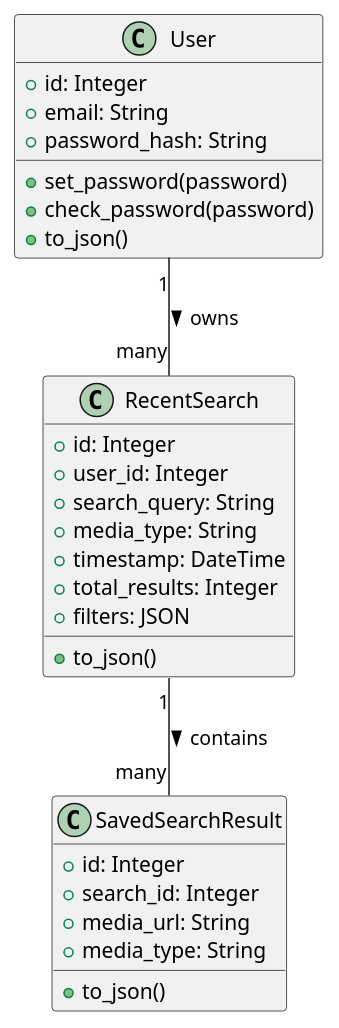
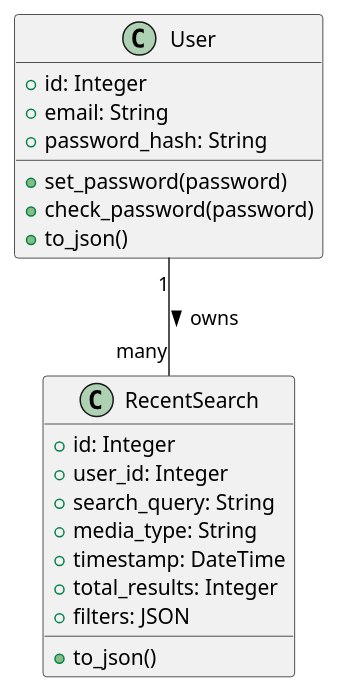
Before and after one commit to lyndsie1102/SEapp: the diagram in docs/UML/class.puml, drawn with PlantUML. The commit also changed 9 other files, not shown here.

Commit message:
Add save search APIs, remove redundant APIs and modify diagram docs

```diff
--- a/docs/UML/class.puml
+++ b/docs/UML/class.puml
@@ -1,32 +1,24 @@
 @startuml
 class User {
   +id: Integer
   +email: String
   +password_hash: String
   +set_password(password)
   +check_password(password)
   +to_json()
 }
 
 class RecentSearch {
   +id: Integer
   +user_id: Integer
   +search_query: String
   +media_type: String
   +timestamp: DateTime
   +total_results: Integer
   +filters: JSON
   +to_json()
 }
 
-class SavedSearchResult {
-  +id: Integer
-  +search_id: Integer
-  +media_url: String
-  +media_type: String
-  +to_json()
-}
 
 User "1" -- "many" RecentSearch : owns >
-RecentSearch "1" -- "many" SavedSearchResult : contains >
 @enduml
```
